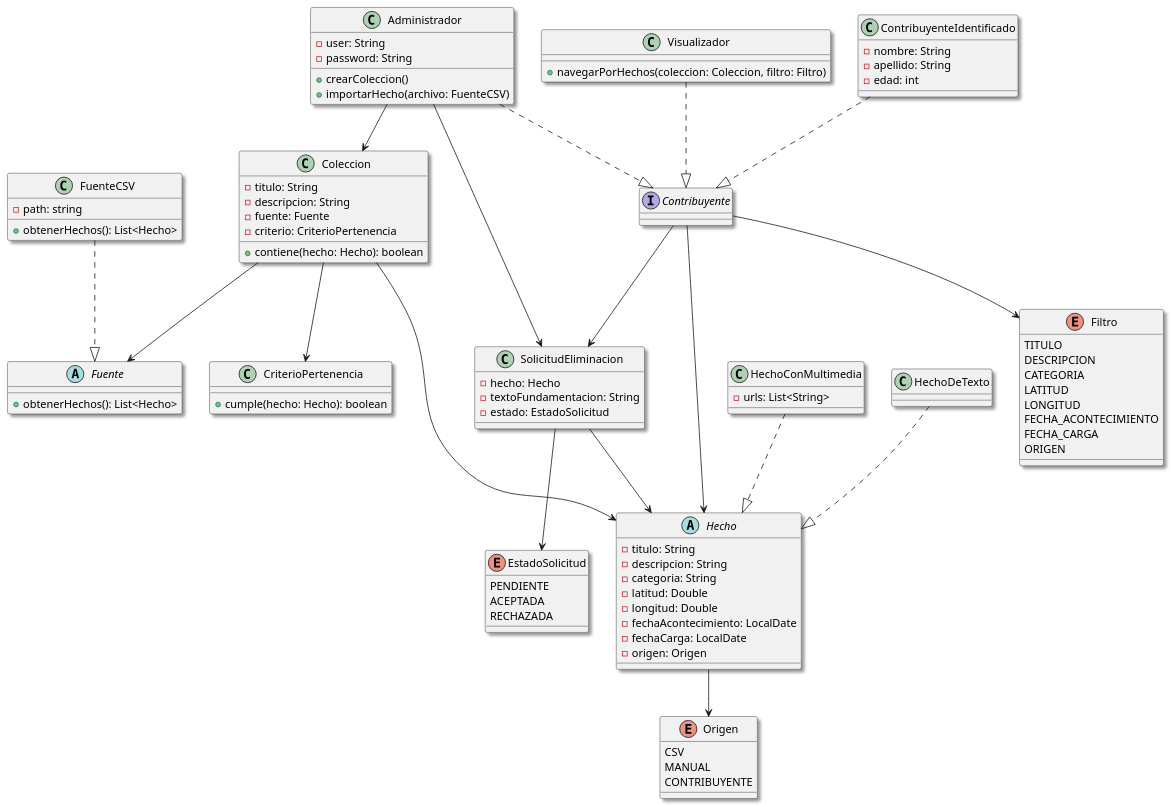
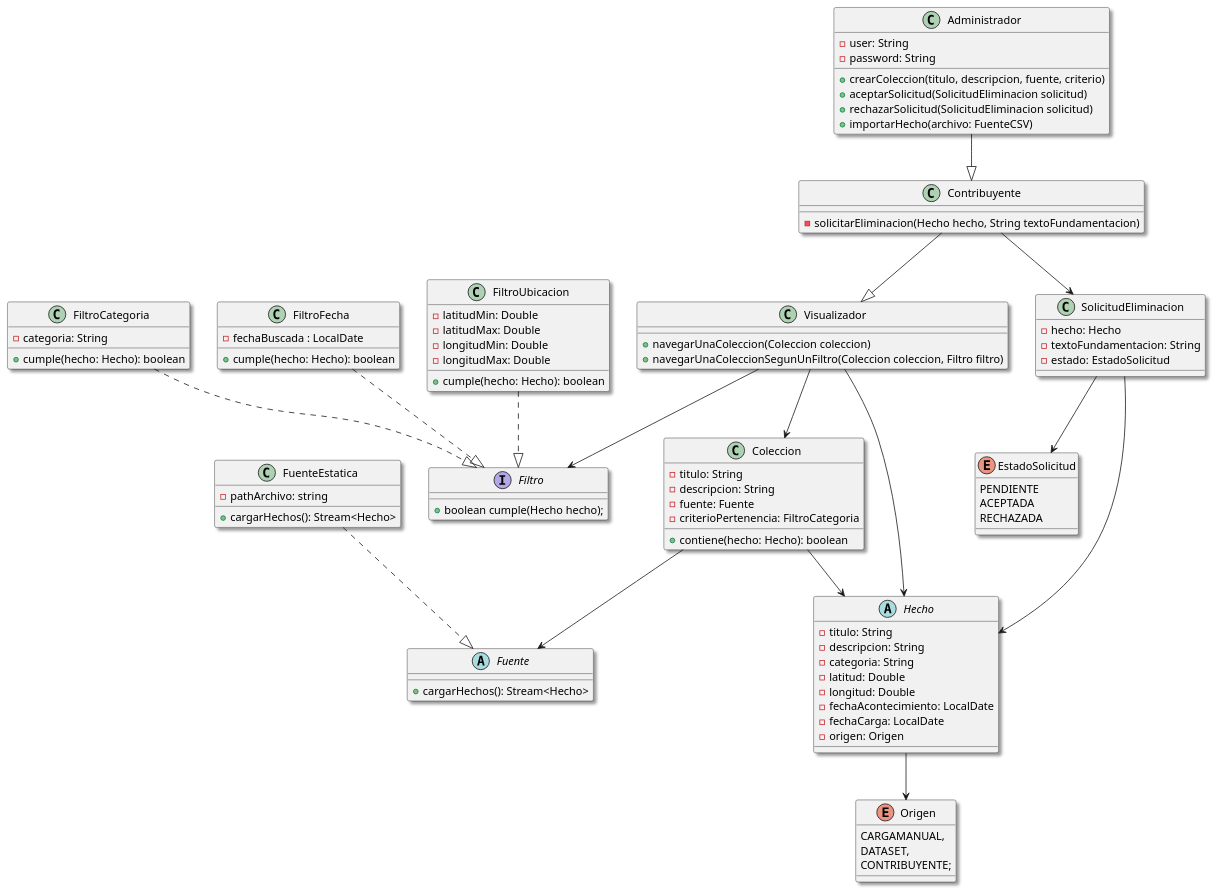
Before and after one commit to ValentinVilla/tpa-diseno-sistemas-2025: the diagram in Diagramas/diagrama.puml, drawn with PlantUML. The commit also changed 4 other files, not shown here.

```diff
--- a/Diagramas/diagrama.puml
+++ b/Diagramas/diagrama.puml
@@ -1,116 +1,111 @@
 @startuml
-
-
-
 skinparam shadowing true
-
 
 class Coleccion {
   - titulo: String
   - descripcion: String
   - fuente: Fuente
-  - criterio: CriterioPertenencia
+  - criterioPertenencia: FiltroCategoria
   + contiene(hecho: Hecho): boolean
 }
 
 class Administrador {
   - user: String
   - password: String
-  + crearColeccion()
+  + crearColeccion(titulo, descripcion, fuente, criterio)
+  + aceptarSolicitud(SolicitudEliminacion solicitud)
+  + rechazarSolicitud(SolicitudEliminacion solicitud)
   + importarHecho(archivo: FuenteCSV)
 }
 
 enum Origen {
-  CSV
-  MANUAL
-  CONTRIBUYENTE
-}
-
-class CriterioPertenencia {
-  + cumple(hecho: Hecho): boolean
+  CARGAMANUAL,
+  DATASET,
+  CONTRIBUYENTE;
 }
 
 abstract class Fuente {
-  + obtenerHechos(): List<Hecho>
+  + cargarHechos(): Stream<Hecho>
 }
 
-class FuenteCSV {
-  - path: string
-  + obtenerHechos(): List<Hecho>
+class FuenteEstatica {
+  - pathArchivo: string
+  + cargarHechos(): Stream<Hecho>
 }
 class SolicitudEliminacion {
   - hecho: Hecho
   - textoFundamentacion: String
   - estado: EstadoSolicitud
 }
 
 enum EstadoSolicitud {
   PENDIENTE
   ACEPTADA
   RECHAZADA
 }
-interface Contribuyente{}
 
-class ContribuyenteIdentificado {
-  - nombre: String
-  - apellido: String
-  - edad: int
+class Contribuyente {
+   - solicitarEliminacion(Hecho hecho, String textoFundamentacion)
+ }
+
+class Visualizador {
+  + navegarUnaColeccion(Coleccion coleccion)
+  + navegarUnaColeccionSegunUnFiltro(Coleccion coleccion, Filtro filtro)
 }
 
-class Visualizador {
-  + navegarPorHechos(coleccion: Coleccion, filtro: Filtro)
+interface Filtro {
+  +boolean cumple(Hecho hecho);
+ }
+
+class FiltroCategoria {
+- categoria: String
++ cumple(hecho: Hecho): boolean
 }
 
-enum Filtro {
-  TITULO
-  DESCRIPCION
-  CATEGORIA
-  LATITUD
-  LONGITUD
-  FECHA_ACONTECIMIENTO
-  FECHA_CARGA
-  ORIGEN
+class FiltroFecha {
+  - fechaBuscada : LocalDate
+  + cumple(hecho: Hecho): boolean
+}
+
+class FiltroUbicacion {
+  -latitudMin: Double
+  -latitudMax: Double
+  -longitudMin: Double
+  -longitudMax: Double
+  +cumple(hecho: Hecho): boolean
 }
 
 abstract class Hecho {
   - titulo: String
   - descripcion: String
   - categoria: String
   - latitud: Double
   - longitud: Double
   - fechaAcontecimiento: LocalDate
   - fechaCarga: LocalDate
   - origen: Origen
 }
 
-class HechoConMultimedia {
-  - urls: List<String>
-}
-
-class HechoDeTexto{}
-
-
-Administrador --> Coleccion
-Administrador --> SolicitudEliminacion
-Administrador ..|> Contribuyente
-
 Coleccion --> Hecho
 Coleccion --> Fuente
-Coleccion --> CriterioPertenencia
 
 Hecho --> Origen
-HechoConMultimedia ..|> Hecho
-HechoDeTexto ..|> Hecho
 
-FuenteCSV ..|> Fuente
+FuenteEstatica ..|> Fuente
 
-Contribuyente --> Hecho
+Visualizador --> Hecho
+Visualizador --> Filtro
+Visualizador --> Coleccion
 Contribuyente --> SolicitudEliminacion
-Contribuyente --> Filtro
-ContribuyenteIdentificado ..|> Contribuyente
-Visualizador ..|> Contribuyente
+
+Contribuyente --|> Visualizador
+Administrador --|> Contribuyente
 
 SolicitudEliminacion --> Hecho
 SolicitudEliminacion --> EstadoSolicitud
 
+FiltroCategoria ..|> Filtro
+FiltroFecha ..|> Filtro
+FiltroUbicacion ..|> Filtro
+
 @enduml
```
